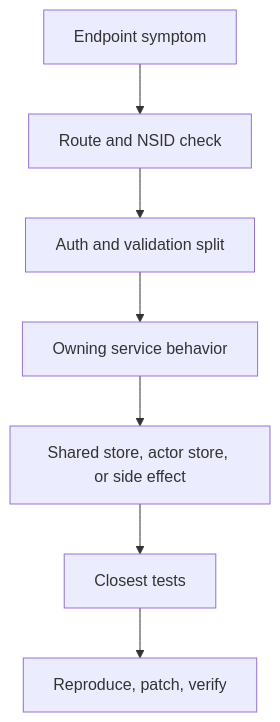
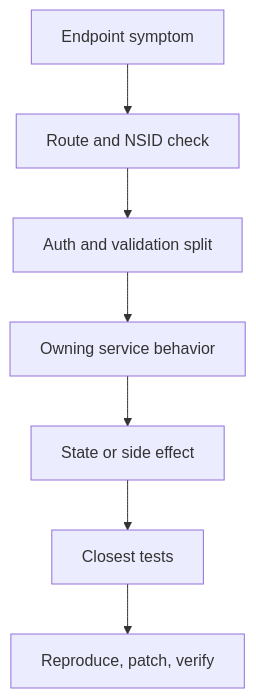
The diagram in docs/11-reference/troubleshooting-a-failing-endpoint.md (jvalinsky/garazyk), drawn with Mermaid before and after one commit. The commit also changed other lines of this file and 117 other files, not shown here.

````diff
--- a/docs/11-reference/troubleshooting-a-failing-endpoint.md
+++ b/docs/11-reference/troubleshooting-a-failing-endpoint.md
@@ -13,17 +11,17 @@
 ```mermaid
 flowchart TD
     Symptom["Endpoint symptom"]
     Route["Route and NSID check"]
     Auth["Auth and validation split"]
     Service["Owning service behavior"]
-    Store["Shared store, actor store, or side effect"]
+    Store["State or side effect"]
     Tests["Closest tests"]
     Fix["Reproduce, patch, verify"]
 
     Symptom --> Route
     Route --> Auth
     Auth --> Service
     Service --> Store
     Store --> Tests
     Tests --> Fix
 ```
````
